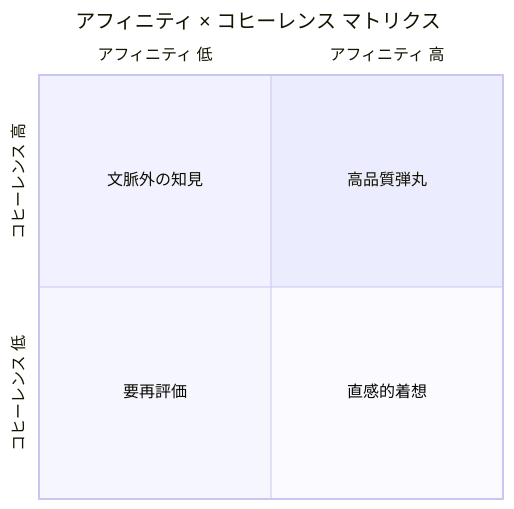
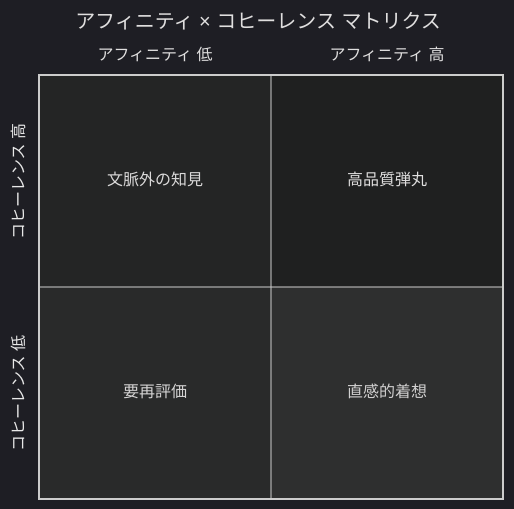
Before and after one commit to karakuri-ageha/ehar: the diagram in 第6章.md, drawn with Mermaid.

````diff
--- a/第6章.md
+++ b/第6章.md
@@ -21,10 +21,11 @@
 ```mermaid
+%%{init: {'theme': 'dark', 'themeVariables': {'quadrantYAxisTextFill': '#e8e8e8'}}}%%
 quadrantChart
     title アフィニティ × コヒーレンス マトリクス
     x-axis "アフィニティ 低" --> "アフィニティ 高"
     y-axis "コヒーレンス 低" --> "コヒーレンス 高"
     quadrant-1 "高品質弾丸"
     quadrant-2 "文脈外の知見"
     quadrant-3 "要再評価"
     quadrant-4 "直感的着想"
 ```
````
